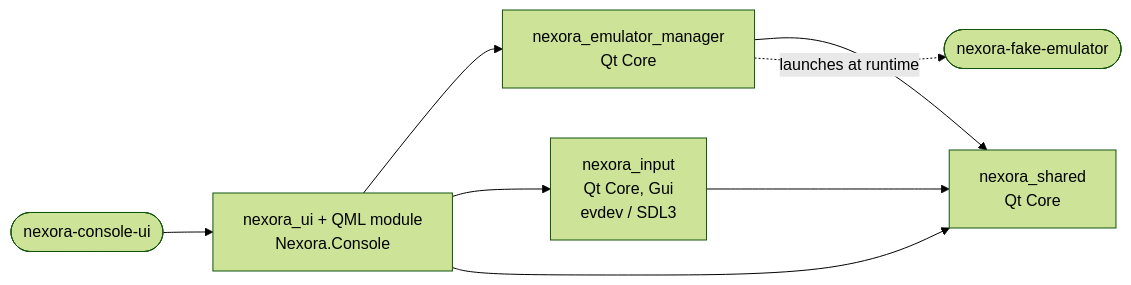
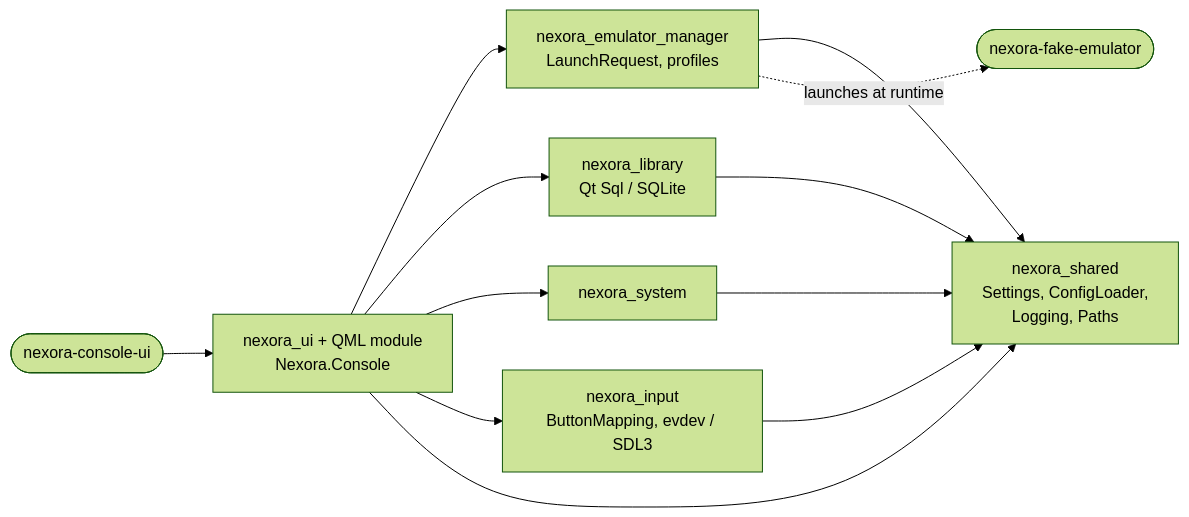
Before and after one commit to szebasztianmarton/Nexora-OS: the first of 6 diagrams in docs/architecture.md, drawn with Mermaid (forest theme). The commit also changed other lines of this file and 11 other files, not shown here.

First line of the commit message:
README/architecture for MVP 2; remap capture only with a controller backend

````diff
--- a/docs/architecture.md
+++ b/docs/architecture.md
@@ -19,17 +39,23 @@
 ```mermaid
 graph LR
-    shared[nexora_shared<br/>Qt Core]
-    em[nexora_emulator_manager<br/>Qt Core]
-    input[nexora_input<br/>Qt Core, Gui<br/>evdev / SDL3]
+    shared[nexora_shared<br/>Settings, ConfigLoader,<br/>Logging, Paths]
+    em[nexora_emulator_manager<br/>LaunchRequest, profiles]
+    lib[nexora_library<br/>Qt Sql / SQLite]
+    sys[nexora_system]
+    input[nexora_input<br/>ButtonMapping, evdev / SDL3]
     ui[nexora_ui + QML module<br/>Nexora.Console]
     app([nexora-console-ui])
     fake([nexora-fake-emulator])
 
     em --> shared
+    lib --> shared
+    sys --> shared
     input --> shared
     ui --> em
+    ui --> lib
+    ui --> sys
     ui --> input
     ui --> shared
     app --> ui
     em -. launches at runtime .-> fake
 ```
````
